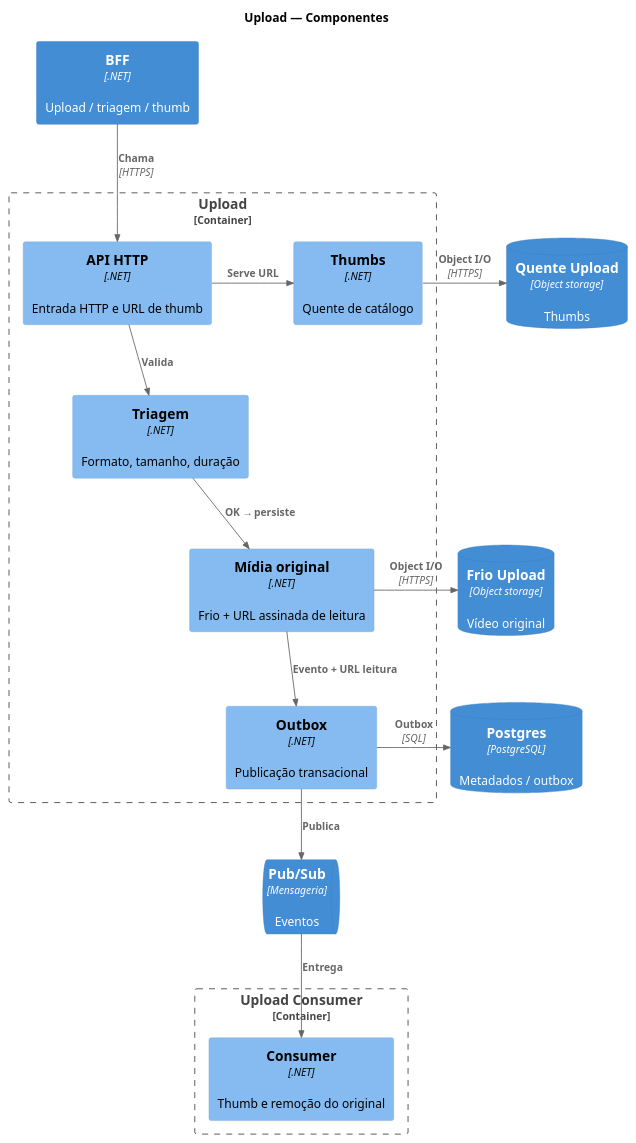
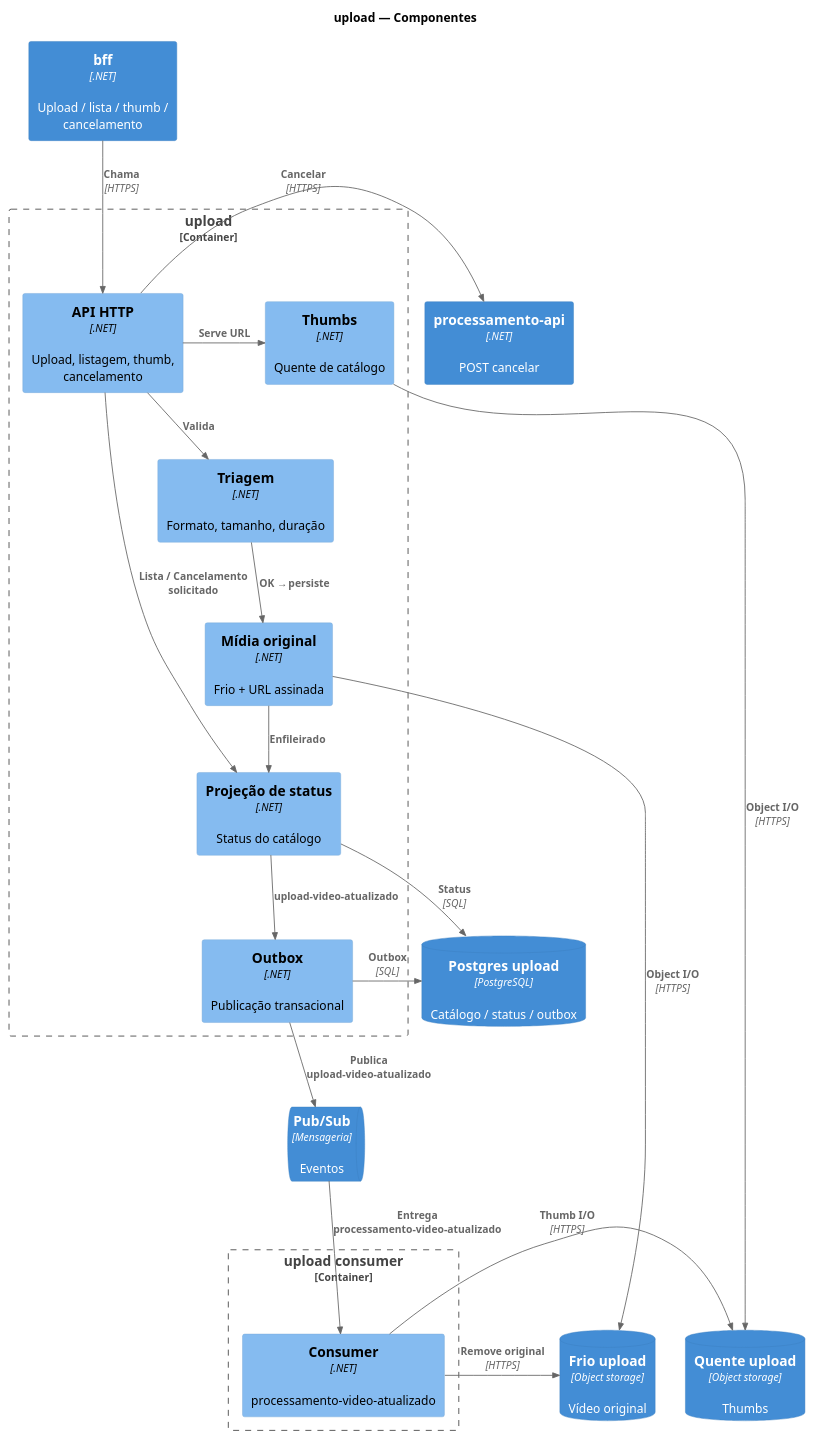
One commit to fiap-x-vcosta/docs changed the diagram in arquitetura/06_componentes-upload.puml. Above: the diagram before and after it, drawn with PlantUML. The commit also changed 38 other files, not shown here.

First line of the commit message:
docs: Parte 5 — catálogo de eventos e ADR outbox/inbox (#6)

```diff
--- a/arquitetura/06_componentes-upload.puml
+++ b/arquitetura/06_componentes-upload.puml
@@ -1,41 +1,48 @@
 @startuml 06_componentes-upload
 !include https://raw.githubusercontent.com/plantuml-stdlib/C4-PlantUML/master/C4_Component.puml
 
 LAYOUT_TOP_DOWN()
 HIDE_STEREOTYPE()
 
-title Upload — Componentes
+title upload — Componentes
 
-Container(bff, "BFF", ".NET", "Upload / triagem / thumb")
+Container(bff, "bff", ".NET", "Upload / lista / thumb / cancelamento")
+Container(procApi, "processamento-api", ".NET", "POST cancelar")
 
-Container_Boundary(uploadApi, "Upload") {
-  Component(api, "API HTTP", ".NET", "Entrada HTTP e URL de thumb")
+Container_Boundary(uploadApi, "upload") {
+  Component(api, "API HTTP", ".NET", "Upload, listagem, thumb, cancelamento")
   Component(triagem, "Triagem", ".NET", "Formato, tamanho, duração")
-  Component(midia, "Mídia original", ".NET", "Frio + URL assinada de leitura")
+  Component(midia, "Mídia original", ".NET", "Frio + URL assinada")
+  Component(statusProj, "Projeção de status", ".NET", "Status do catálogo")
   Component(outbox, "Outbox", ".NET", "Publicação transacional")
   Component(thumbs, "Thumbs", ".NET", "Quente de catálogo")
 }
 
 ContainerQueue(pubsub, "Pub/Sub", "Mensageria", "Eventos")
 
-Container_Boundary(uploadConsumer, "Upload Consumer") {
-  Component(consumer, "Consumer", ".NET", "Thumb e remoção do original")
+Container_Boundary(uploadConsumer, "upload consumer") {
+  Component(consumer, "Consumer", ".NET", "processamento-video-atualizado")
 }
 
-ContainerDb(pg, "Postgres", "PostgreSQL", "Metadados / outbox")
-ContainerDb(frio, "Frio Upload", "Object storage", "Vídeo original")
-ContainerDb(quente, "Quente Upload", "Object storage", "Thumbs")
+ContainerDb(pg, "Postgres upload", "PostgreSQL", "Catálogo / status / outbox")
+ContainerDb(frio, "Frio upload", "Object storage", "Vídeo original")
+ContainerDb(quente, "Quente upload", "Object storage", "Thumbs")
 
 Rel_D(bff, api, "Chama", "HTTPS")
 Rel_D(api, triagem, "Valida")
 Rel_D(triagem, midia, "OK → persiste")
-Rel_D(midia, outbox, "Evento + URL leitura")
-Rel_D(outbox, pubsub, "Publica")
-Rel_D(pubsub, consumer, "Entrega")
-
+Rel_D(midia, statusProj, "Enfileirado")
+Rel_D(statusProj, outbox, "upload-video-atualizado")
+Rel_D(outbox, pubsub, "Publica upload-video-atualizado")
+Rel_D(pubsub, consumer, "Entrega processamento-video-atualizado")
+Rel_R(api, procApi, "Cancelar", "HTTPS")
 Rel_R(api, thumbs, "Serve URL")
+Rel_R(api, statusProj, "Lista / Cancelamento solicitado")
+Rel_R(midia, frio, "Object I/O", "HTTPS")
 Rel_R(thumbs, quente, "Object I/O", "HTTPS")
-Rel_R(midia, frio, "Object I/O", "HTTPS")
 Rel_R(outbox, pg, "Outbox", "SQL")
+Rel_R(statusProj, pg, "Status", "SQL")
+Rel_R(consumer, frio, "Remove original", "HTTPS")
+Rel_R(consumer, quente, "Thumb I/O", "HTTPS")
 
 @enduml
```
